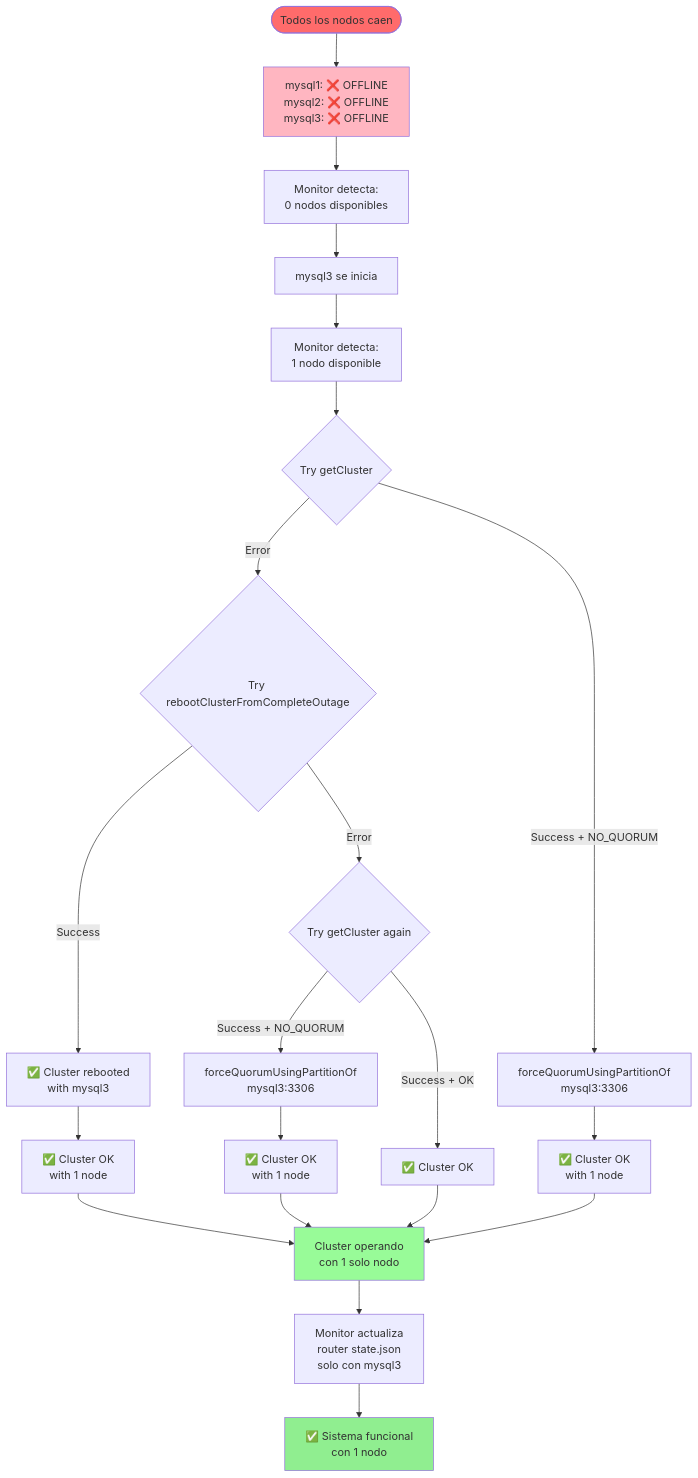
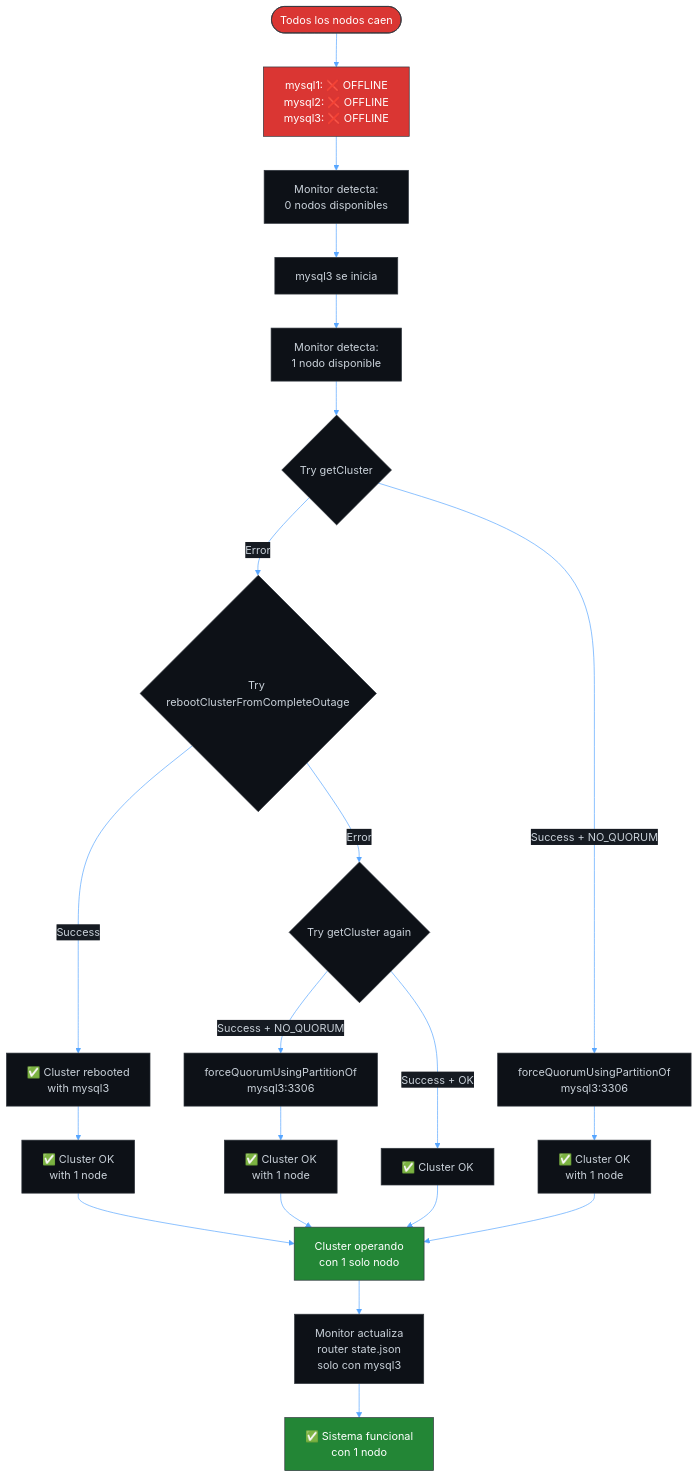
Before and after one commit to JoaquinLoaizaUCSM/sistema-gestion-sobretiempos-ha: the ninth of 13 diagrams in docs/ARQUITECTURA.md, drawn with Mermaid. The commit also changed other lines of this file and 2 other files, not shown here.

Commit message:
Docs: Update diagrams for dark mode and refresh README

````diff
--- a/docs/ARQUITECTURA.md
+++ b/docs/ARQUITECTURA.md
@@ -362,41 +370,42 @@
 ```mermaid
+%%{init: {'theme': 'base', 'themeVariables': { 'primaryColor': '#0d1117', 'primaryTextColor': '#c9d1d9', 'primaryBorderColor': '#30363d', 'lineColor': '#58a6ff', 'secondaryColor': '#161b22', 'tertiaryColor': '#161b22', 'mainBkg': '#0d1117', 'nodeBorder': '#30363d', 'clusterBkg': '#161b22', 'clusterBorder': '#30363d', 'defaultLinkColor': '#58a6ff', 'fontFamily': 'arial', 'fontSize': '16px'}}}%%
 flowchart TD
     START([Todos los nodos caen])
     
     START --> ALLDOWN[mysql1: ❌ OFFLINE<br/>mysql2: ❌ OFFLINE<br/>mysql3: ❌ OFFLINE]
     
     ALLDOWN --> WAIT[Monitor detecta:<br/>0 nodos disponibles]
     
     WAIT --> M3START[mysql3 se inicia]
     
     M3START --> DETECT[Monitor detecta:<br/>1 nodo disponible]
     
     DETECT --> TRY1{Try getCluster}
     
     TRY1 -->|Error| TRY2{Try rebootClusterFromCompleteOutage}
     TRY1 -->|Success + NO_QUORUM| FORCE1[forceQuorumUsingPartitionOf<br/>mysql3:3306]
     
     TRY2 -->|Success| BOOT[✅ Cluster rebooted<br/>with mysql3]
     TRY2 -->|Error| TRY3{Try getCluster again}
     
     TRY3 -->|Success + NO_QUORUM| FORCE2[forceQuorumUsingPartitionOf<br/>mysql3:3306]
     TRY3 -->|Success + OK| OK1[✅ Cluster OK]
     
     FORCE1 --> OK2[✅ Cluster OK<br/>with 1 node]
     FORCE2 --> OK3[✅ Cluster OK<br/>with 1 node]
     BOOT --> OK4[✅ Cluster OK<br/>with 1 node]
     
     OK1 --> OPERATE[Cluster operando<br/>con 1 solo nodo]
     OK2 --> OPERATE
     OK3 --> OPERATE
     OK4 --> OPERATE
     
     OPERATE --> UPDATE[Monitor actualiza<br/>router state.json<br/>solo con mysql3]
     
     UPDATE --> READY[✅ Sistema funcional<br/>con 1 nodo]
     
-    style START fill:#FF6B6B
-    style ALLDOWN fill:#FFB6C1
-    style READY fill:#90EE90
-    style OPERATE fill:#98FB98
+    style START fill:#da3633,color:#ffffff
+    style ALLDOWN fill:#da3633,color:#ffffff
+    style READY fill:#238636,color:#ffffff
+    style OPERATE fill:#238636,color:#ffffff
 ```
````
